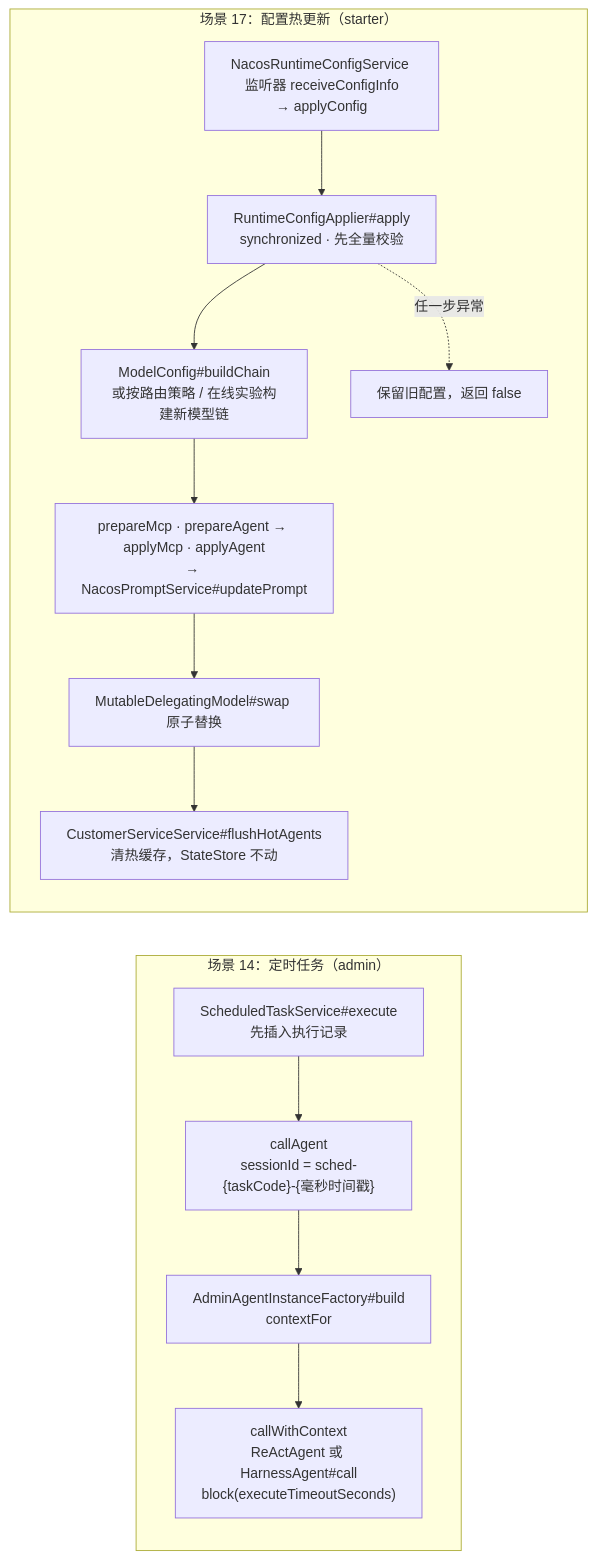
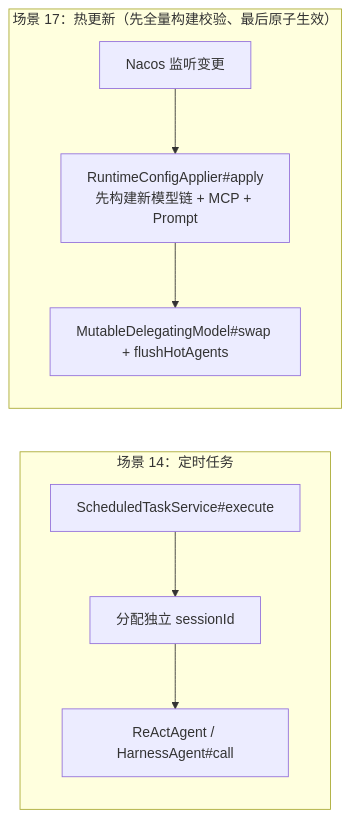
One commit to liulangjietou/AgentScope-source-analysis changed the eighth of 8 diagrams in 09-customer_work场景全景映射.md. Above: the diagram before and after it, drawn with Mermaid. The commit also changed other lines of this file and 14 other files, not shown here.

````diff
--- a/09-customer_work场景全景映射.md
+++ b/09-customer_work场景全景映射.md
@@ -247,16 +175,9 @@
 ```mermaid
 flowchart LR
-    subgraph S14["场景 14：定时任务（admin）"]
-        T1["ScheduledTaskService#execute<br/>先插入执行记录"] --> T2["callAgent<br/>sessionId = sched-{taskCode}-{毫秒时间戳}"]
-        T2 --> T3["AdminAgentInstanceFactory#build<br/>contextFor"]
-        T3 --> T4["callWithContext<br/>ReActAgent 或 HarnessAgent#call<br/>block(executeTimeoutSeconds)"]
+    subgraph S14["场景 14：定时任务"]
+        T1["ScheduledTaskService#execute"] --> T2["分配独立 sessionId"] --> T3["ReActAgent / HarnessAgent#call"]
     end
-    subgraph S17["场景 17：配置热更新（starter）"]
-        H1["NacosRuntimeConfigService 监听器 receiveConfigInfo<br/>→ applyConfig"] --> H2["RuntimeConfigApplier#apply<br/>synchronized · 先全量校验"]
-        H2 --> H3["ModelConfig#buildChain<br/>或按路由策略 / 在线实验构建新模型链"]
-        H3 --> H4["prepareMcp · prepareAgent → applyMcp · applyAgent<br/>→ NacosPromptService#updatePrompt"]
-        H4 --> H5["MutableDelegatingModel#swap 原子替换"]
-        H5 --> H6["CustomerServiceService#flushHotAgents<br/>清热缓存，StateStore 不动"]
-        H2 -.->|"任一步异常"| H7["保留旧配置，返回 false"]
+    subgraph S17["场景 17：热更新（先全量构建校验、最后原子生效）"]
+        H1["Nacos 监听变更"] --> H2["RuntimeConfigApplier#apply<br/>先构建新模型链 + MCP + Prompt"] --> H3["MutableDelegatingModel#swap + flushHotAgents"]
     end
 ```
````
